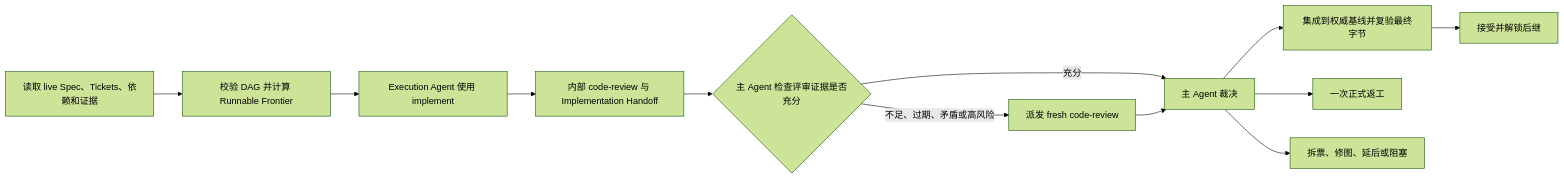
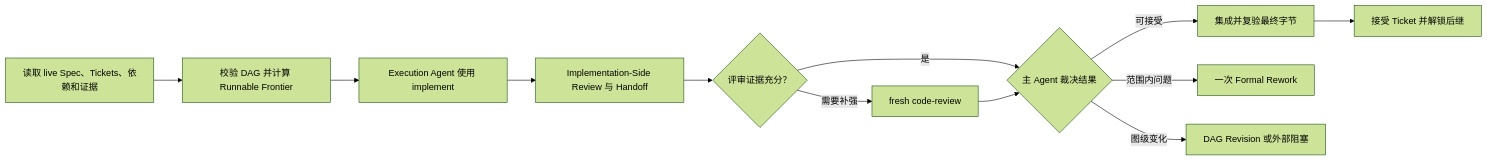
The diagram in README.md (RedHeartSecretMan/dag-skill), drawn with Mermaid (forest theme) before and after one commit. The commit also changed other lines of this file and 4 other files, not shown here.

````diff
--- a/README.md
+++ b/README.md
@@ -66,14 +48,14 @@
 ```mermaid
 flowchart LR
     A["读取 live Spec、Tickets、依赖和证据"] --> B["校验 DAG 并计算 Runnable Frontier"]
     B --> C["Execution Agent 使用 implement"]
-    C --> D["内部 code-review 与 Implementation Handoff"]
-    D --> E{"主 Agent 检查评审证据是否充分"}
-    E -->|"充分"| G["主 Agent 裁决"]
-    E -->|"不足、过期、矛盾或高风险"| F["派发 fresh code-review"]
+    C --> D["Implementation-Side Review 与 Handoff"]
+    D --> E{"评审证据充分？"}
+    E -->|"是"| G{"主 Agent 裁决结果"}
+    E -->|"需要补强"| F["fresh code-review"]
     F --> G
-    G --> H["集成到权威基线并复验最终字节"]
-    H --> K["接受并解锁后继"]
-    G --> I["一次正式返工"]
-    G --> J["拆票、修图、延后或阻塞"]
+    G -->|"可接受"| H["集成并复验最终字节"]
+    H --> K["接受 Ticket 并解锁后继"]
+    G -->|"范围内问题"| I["一次 Formal Rework"]
+    G -->|"图级变化"| J["DAG Revision 或外部阻塞"]
 ```
````
